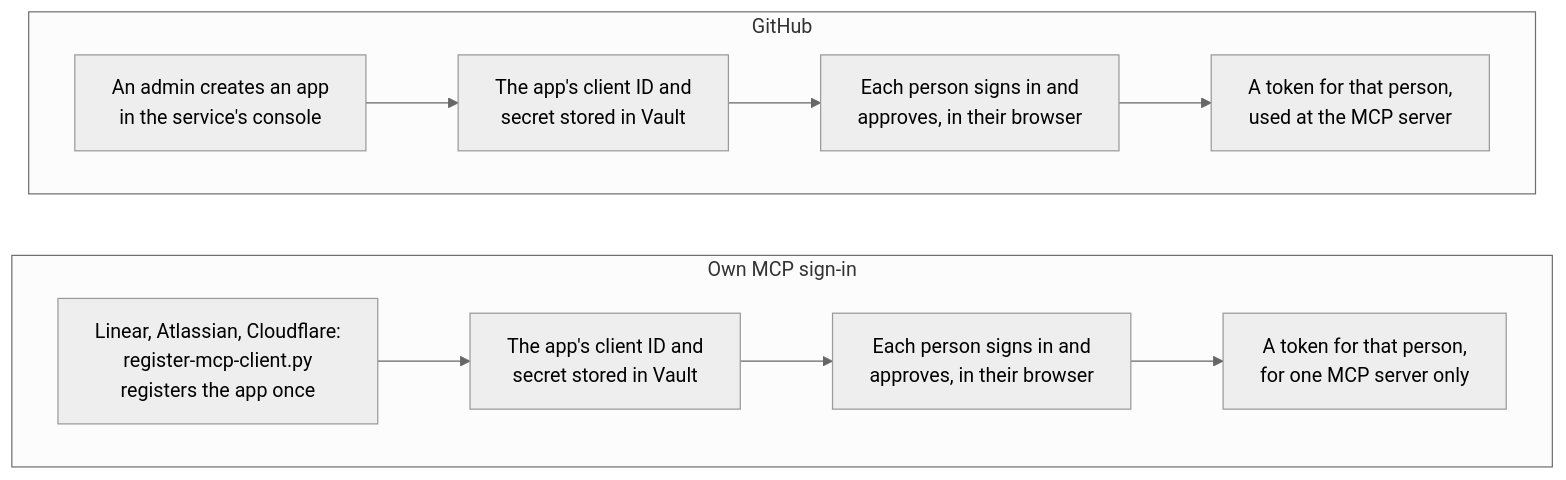
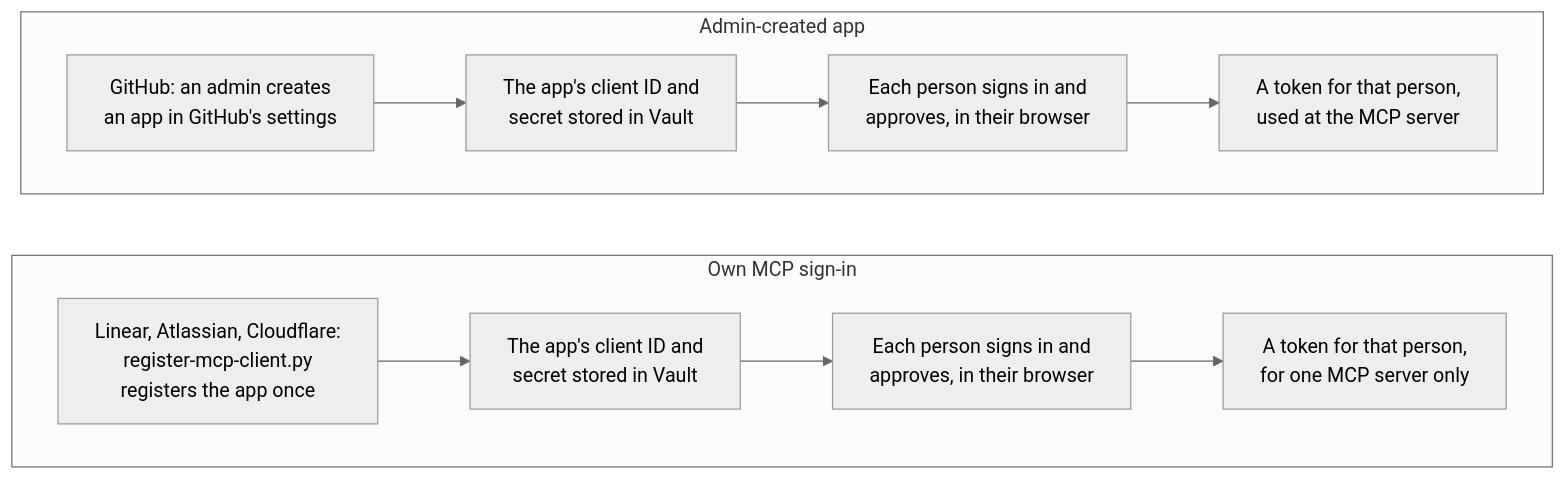
Before and after one commit to chief-builder/vendor-token-broker: the fourth of 5 diagrams in docs/overview.md, drawn with Mermaid (neutral theme). The commit also changed other lines of this file and 15 other files, not shown here.

````diff
--- a/docs/overview.md
+++ b/docs/overview.md
@@ -115,16 +115,16 @@
 ```mermaid
 flowchart TB
-    subgraph A["GitHub"]
+    subgraph A["Admin-created app"]
         direction LR
-        A1["An admin creates an app<br/>in the service's console"] --> A2["The app's client ID and<br/>secret stored in Vault"]
+        A1["GitHub: an admin creates<br/>an app in GitHub's settings"] --> A2["The app's client ID and<br/>secret stored in Vault"]
         A2 --> A4["Each person signs in and<br/>approves, in their browser"]
         A4 --> A3["A token for that person,<br/>used at the MCP server"]
     end
     subgraph M["Own MCP sign-in"]
         direction LR
         M1["Linear, Atlassian, Cloudflare:<br/>register-mcp-client.py<br/>registers the app once"] --> M2["The app's client ID and<br/>secret stored in Vault"]
         M2 --> M5["Each person signs in and<br/>approves, in their browser"]
         M5 --> M4["A token for that person,<br/>for one MCP server only"]
     end
     A ~~~ M
 ```
````
